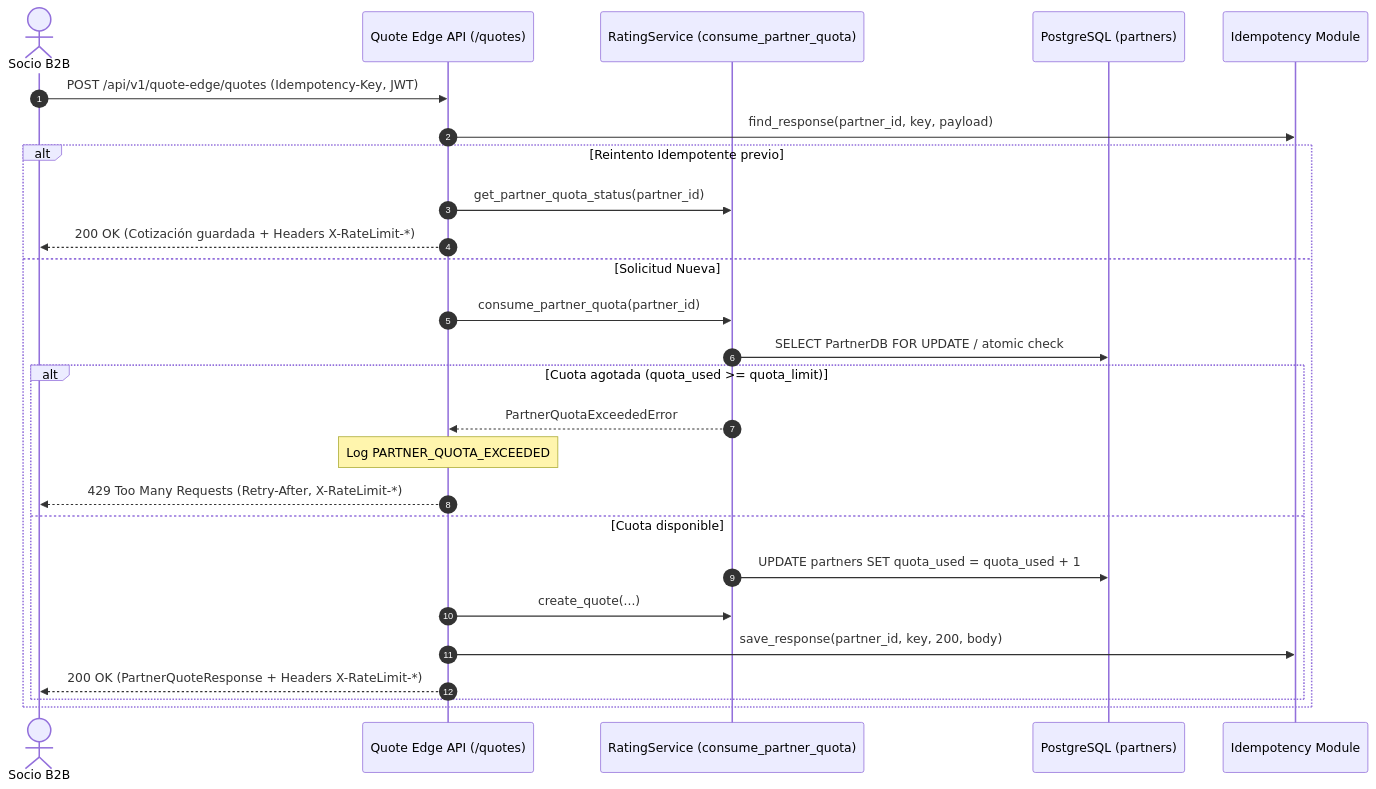
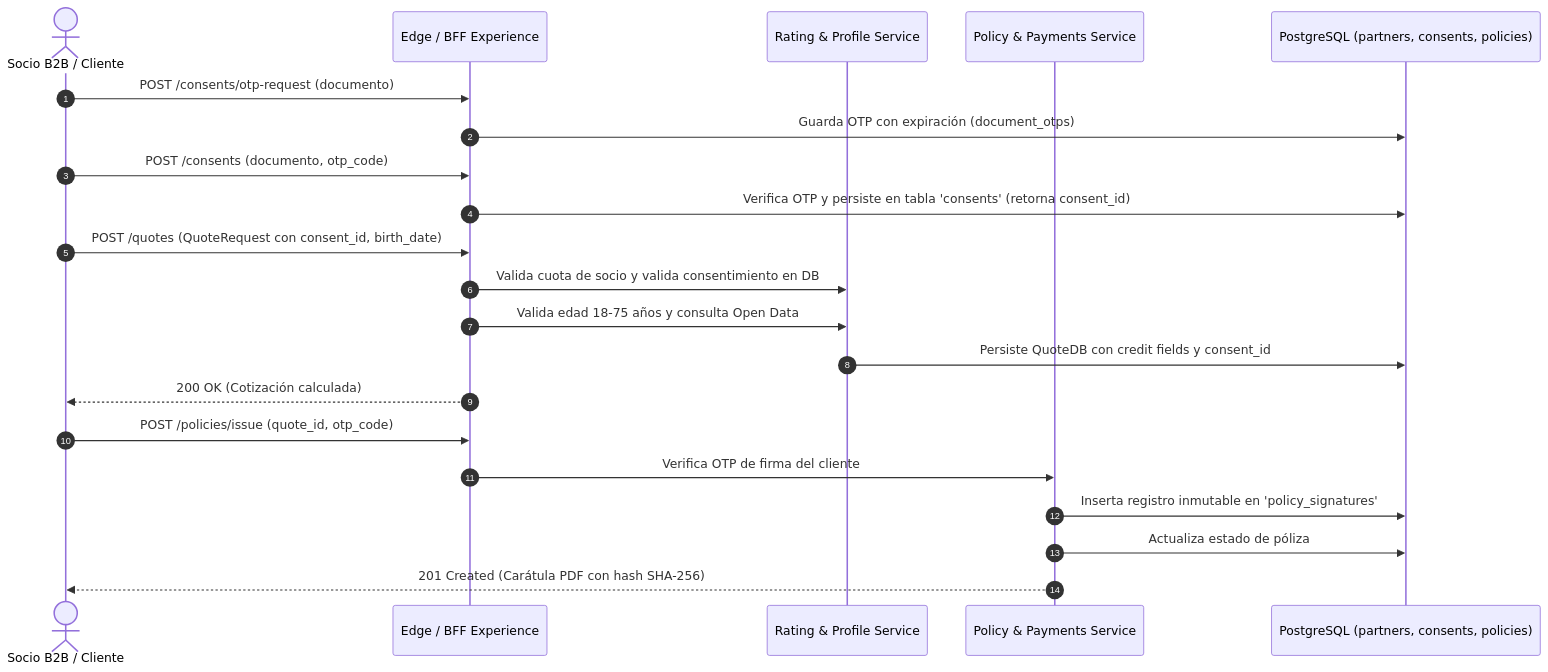
One commit to proyectos-miso/proyecto-final-miso changed the diagram in specs/HU-WEB-12-recibir-un-rechazo-claro-al-superar-la-cuota-con/spec.md. Above: the diagram before and after it, drawn with Mermaid. The commit also changed other lines of this file and 48 other files, not shown here.

First line of the commit message:
feat(rating): HU-WEB-12 completar cuotas por socio y brechas funcionales RC-02 a RC-25

````diff
--- a/specs/HU-WEB-12-recibir-un-rechazo-claro-al-superar-la-cuota-con/spec.md
+++ b/specs/HU-WEB-12-recibir-un-rechazo-claro-al-superar-la-cuota-con/spec.md
@@ -176,29 +270,26 @@
 ```mermaid
 sequenceDiagram
     autonumber
-    actor Partner as Socio B2B
-    participant Edge as Quote Edge API (/quotes)
-    participant Rating as RatingService (consume_partner_quota)
-    participant DB as PostgreSQL (partners)
-    participant Idemp as Idempotency Module
+    actor Partner as Socio B2B / Cliente
+    participant Edge as Edge / BFF Experience
+    participant Rating as Rating & Profile Service
+    participant Policy as Policy & Payments Service
+    participant DB as PostgreSQL (partners, consents, policies)
 
-    Partner->>Edge: POST /api/v1/quote-edge/quotes (Idempotency-Key, JWT)
-    Edge->>Idemp: find_response(partner_id, key, payload)
-    alt Reintento Idempotente previo
-        Edge->>Rating: get_partner_quota_status(partner_id)
-        Edge-->>Partner: 200 OK (Cotización guardada + Headers X-RateLimit-*)
-    else Solicitud Nueva
-        Edge->>Rating: consume_partner_quota(partner_id)
-        Rating->>DB: SELECT PartnerDB FOR UPDATE / atomic check
-        alt Cuota agotada (quota_used >= quota_limit)
-            Rating-->>Edge: PartnerQuotaExceededError
-            Note over Edge: Log PARTNER_QUOTA_EXCEEDED
-            Edge-->>Partner: 429 Too Many Requests (Retry-After, X-RateLimit-*)
-        else Cuota disponible
-            Rating->>DB: UPDATE partners SET quota_used = quota_used + 1
-            Edge->>Rating: create_quote(...)
-            Edge->>Idemp: save_response(partner_id, key, 200, body)
-            Edge-->>Partner: 200 OK (PartnerQuoteResponse + Headers X-RateLimit-*)
-        end
-    end
+    Partner->>Edge: POST /consents/otp-request (documento)
+    Edge->>DB: Guarda OTP con expiración (document_otps)
+    Partner->>Edge: POST /consents (documento, otp_code)
+    Edge->>DB: Verifica OTP y persiste en tabla 'consents' (retorna consent_id)
+
+    Partner->>Edge: POST /quotes (QuoteRequest con consent_id, birth_date)
+    Edge->>Rating: Valida cuota de socio y valida consentimiento en DB
+    Edge->>Rating: Valida edad 18-75 años y consulta Open Data
+    Rating->>DB: Persiste QuoteDB con credit fields y consent_id
+    Edge-->>Partner: 200 OK (Cotización calculada)
+
+    Partner->>Edge: POST /policies/issue (quote_id, otp_code)
+    Edge->>Policy: Verifica OTP de firma del cliente
+    Policy->>DB: Inserta registro inmutable en 'policy_signatures'
+    Policy->>DB: Actualiza estado de póliza
+    Policy-->>Partner: 201 Created (Carátula PDF con hash SHA-256)
 ```
````
